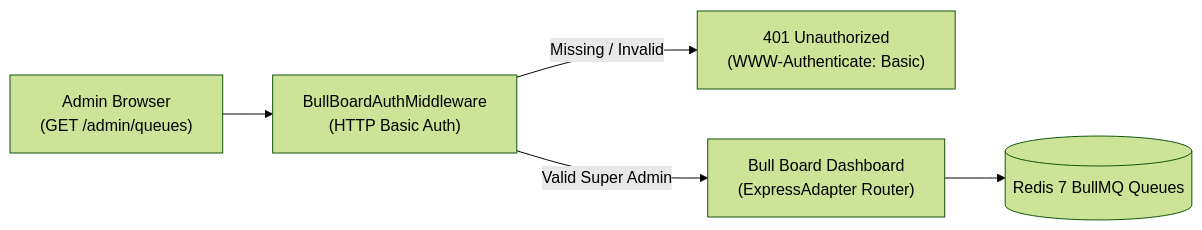
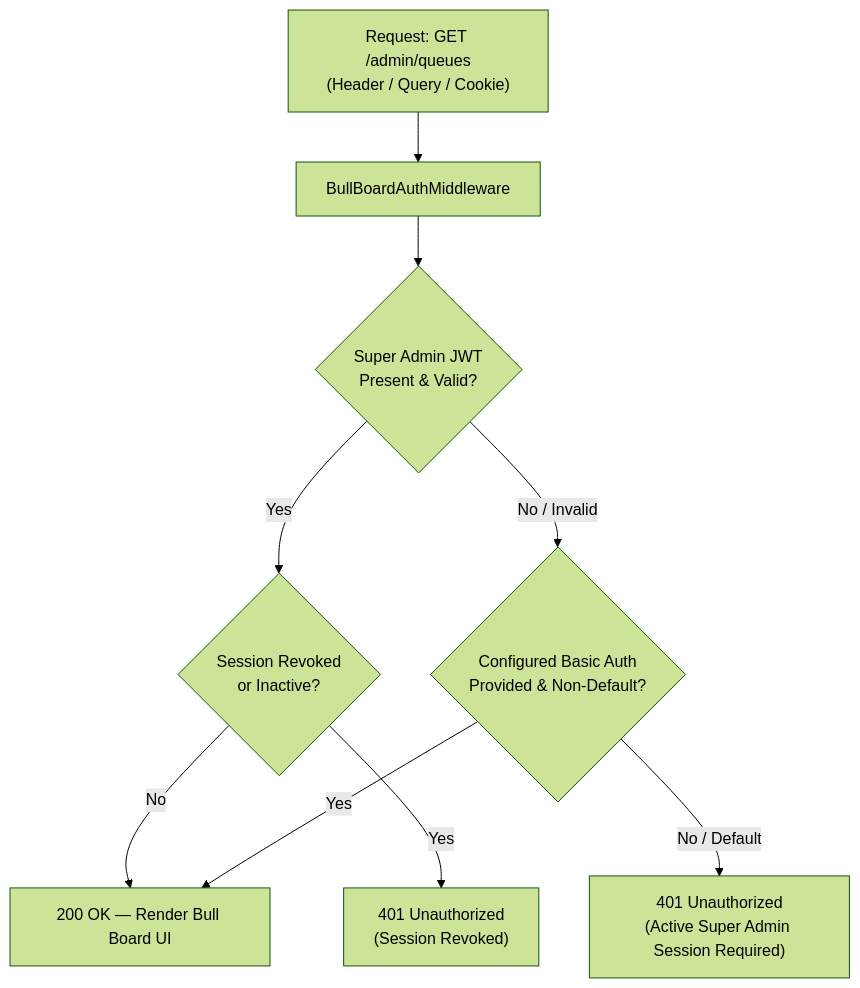
Before and after one commit to Kathir-24/Kumaran-finance: the diagram in apps/api/src/jobs/bull-board/README.md, drawn with Mermaid (forest theme). The commit also changed other lines of this file and 29 other files, not shown here.

````diff
--- a/apps/api/src/jobs/bull-board/README.md
+++ b/apps/api/src/jobs/bull-board/README.md
@@ -31,7 +31,11 @@
 ```mermaid
-flowchart LR
-    Browser["Admin Browser\n(GET /admin/queues)"] --> AuthMiddleware["BullBoardAuthMiddleware\n(HTTP Basic Auth)"]
-    AuthMiddleware -->|Missing / Invalid| Denied["401 Unauthorized\n(WWW-Authenticate: Basic)"]
-    AuthMiddleware -->|Valid Super Admin| Dashboard["Bull Board Dashboard\n(ExpressAdapter Router)"]
-    Dashboard --> Redis[("Redis 7 BullMQ Queues")]
+flowchart TD
+    Req["Request: GET /admin/queues\n(Header / Query / Cookie)"] --> Middleware["BullBoardAuthMiddleware"]
+    Middleware --> HasJWT{"Super Admin JWT\nPresent & Valid?"}
+    HasJWT -->|Yes| RevokeCheck{"Session Revoked\nor Inactive?"}
+    RevokeCheck -->|No| Allow["200 OK — Render Bull Board UI"]
+    RevokeCheck -->|Yes| Deny401["401 Unauthorized\n(Session Revoked)"]
+    HasJWT -->|No / Invalid| CheckBasic{"Configured Basic Auth\nProvided & Non-Default?"}
+    CheckBasic -->|Yes| Allow
+    CheckBasic -->|No / Default| DenyBasic["401 Unauthorized\n(Active Super Admin Session Required)"]
 ```
````
